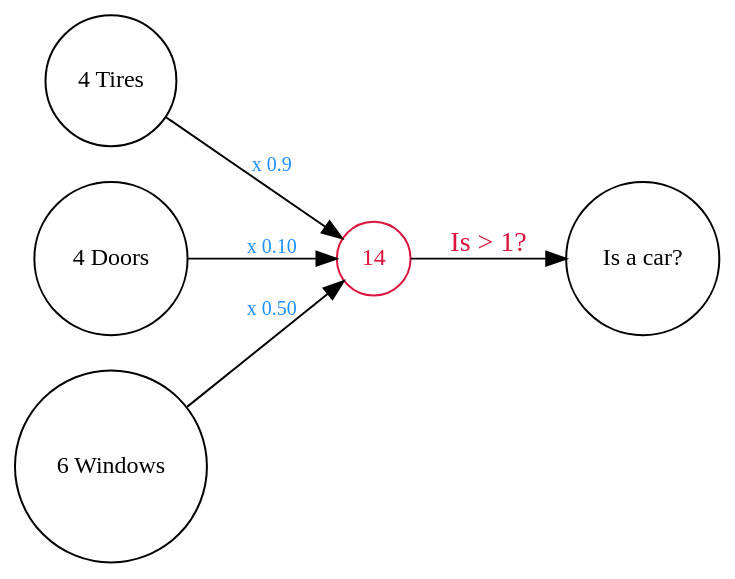
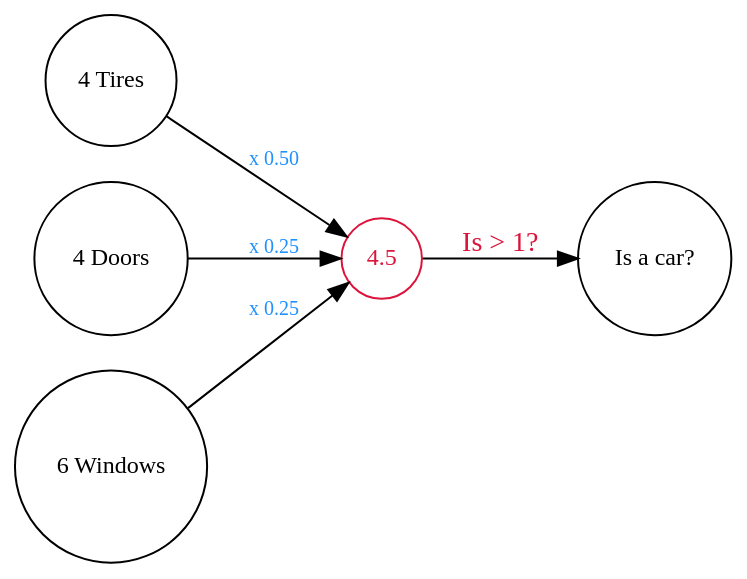
Before and after one commit to sethfair/deep-learning-presentation: the diagram in dot/5_4.dot, drawn with Graphviz.

```diff
--- a/dot/5_4.dot
+++ b/dot/5_4.dot
@@ -1,15 +1,15 @@
 digraph {
     graph [fontname = "Handlee"];
     node [fontname = "Handlee"];
     edge [fontname = "Handlee"];
     bgcolor=transparent;
     splines=line
     rankdir=LR;
     node [shape="circle", fontsize=12];
-    "4 Tires" -> "14" [label=" x 0.9", fontsize=10, fontcolor="dodgerblue"];
-    "4 Doors" -> "14" [label="x 0.10", fontsize=10, fontcolor="dodgerblue"];
-    "6 Windows" -> "14"[label="x 0.50", fontsize=10, fontcolor="dodgerblue"];
-    "14" -> "Is a car?" [label="Is > 1?", fontcolor="crimson"];
+    "4 Tires" -> "4.5" [label=" x 0.50", fontsize=10, fontcolor="dodgerblue"];
+    "4 Doors" -> "4.5" [label="x 0.25", fontsize=10, fontcolor="dodgerblue"];
+    "6 Windows" -> "4.5"[label="x 0.25", fontsize=10, fontcolor="dodgerblue"];
+    "4.5" -> "Is a car?" [label="Is > 1?", fontcolor="crimson"];
     
-    "14" [color="crimson", fontcolor="crimson"]
+    "4.5" [color="crimson", fontcolor="crimson"]
 }
```
